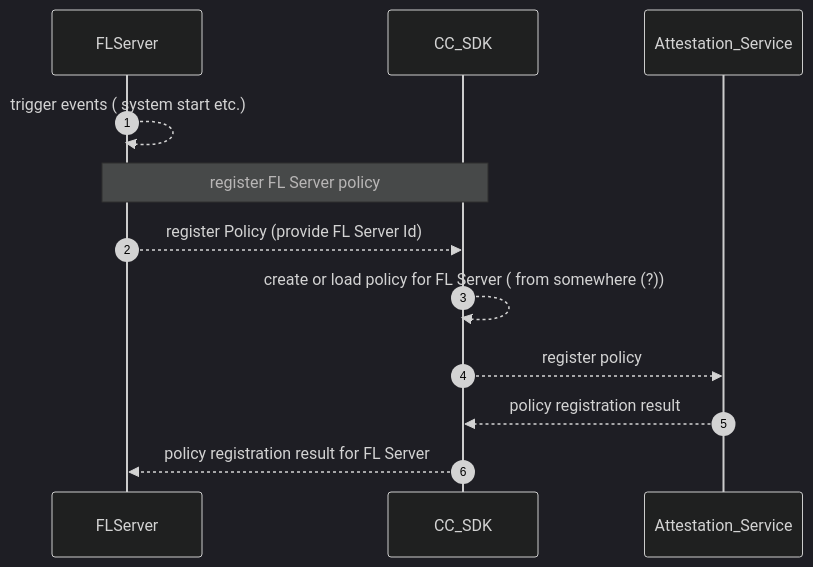
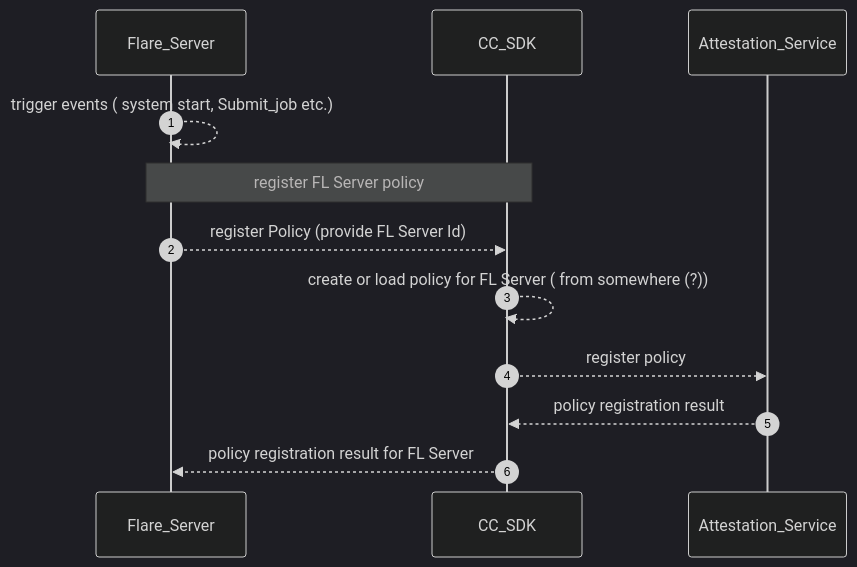
Before and after one commit to hitesh-ag1/NVFlare: the second of 5 diagrams in docs/confidential_computing/detailed_cc_sequence_diagram.md, drawn with Mermaid (dark theme). The commit also changed other lines of this file, not shown here.

Commit message:
Sequence diagram for CC

````diff
--- a/docs/confidential_computing/detailed_cc_sequence_diagram.md
+++ b/docs/confidential_computing/detailed_cc_sequence_diagram.md
@@ -43,16 +43,16 @@
 ```mermaid
 sequenceDiagram
    autonumber
-    participant FLServer
+    participant Flare_Server
     participant CC_SDK
     participant Attestation_Service
 
-    FLServer -->> FLServer: trigger events ( system start etc.)
-    Note over FLServer, CC_SDK: register FL Server policy
-    FLServer -->> CC_SDK: register Policy (provide FL Server Id) 
+    Flare_Server -->> Flare_Server: trigger events ( system start, Submit_job etc.)
+    Note over Flare_Server, CC_SDK: register FL Server policy
+    Flare_Server -->> CC_SDK: register Policy (provide FL Server Id) 
     CC_SDK -->> CC_SDK: create or load policy for FL Server ( from somewhere (?))
     CC_SDK -->> Attestation_Service: register policy
     Attestation_Service -->> CC_SDK: policy registration result
-    CC_SDK -->> FLServer: policy registration result for FL Server
+    CC_SDK -->> Flare_Server: policy registration result for FL Server
  
 ```
````
